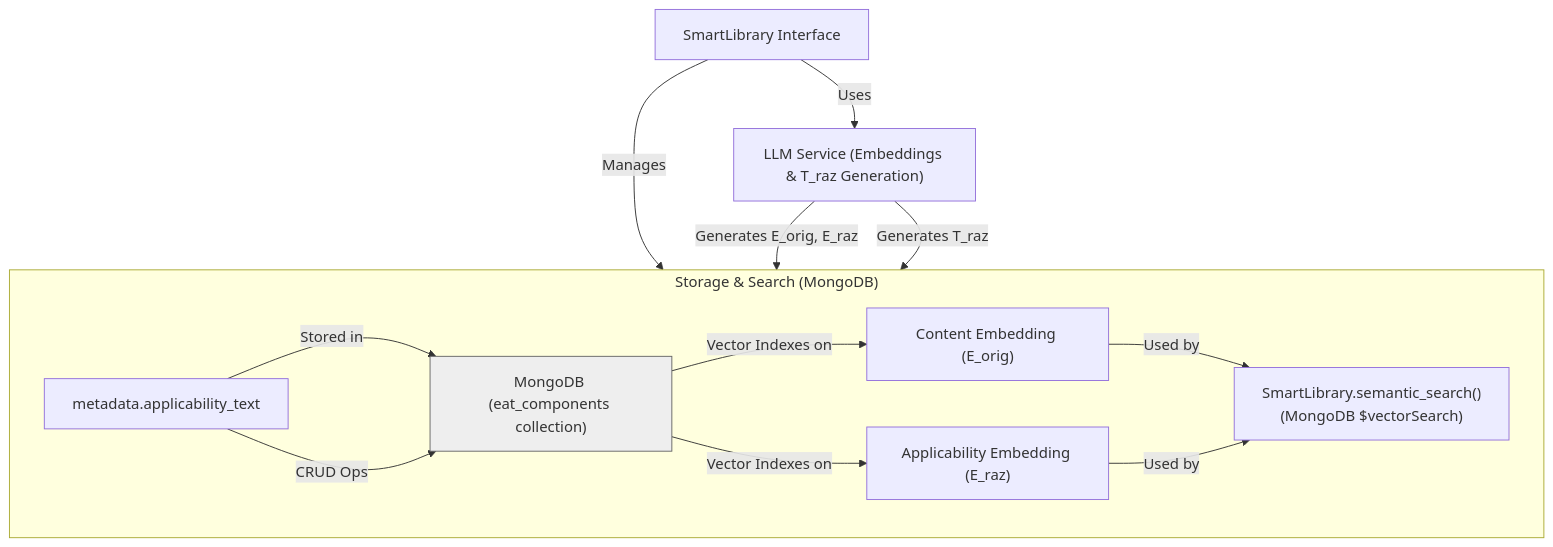
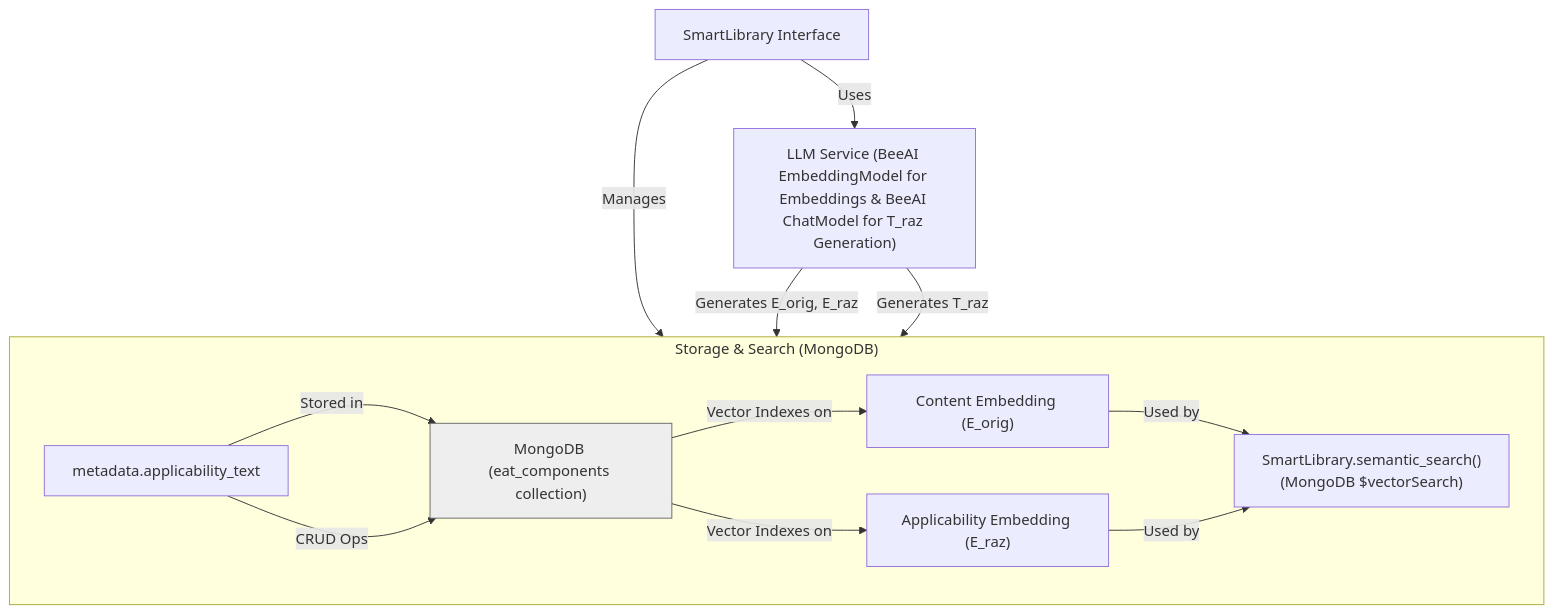
One commit to matiasmolinas/evolving-agents changed the second of 5 diagrams in docs/ARCHITECTURE.md. Above: the diagram before and after it, drawn with Mermaid. The commit also changed other lines of this file and 11 other files, not shown here.

````diff
--- a/docs/ARCHITECTURE.md
+++ b/docs/ARCHITECTURE.md
@@ -167,21 +169,21 @@
 ```mermaid
 graph TD
     SLI["SmartLibrary Interface"] -->|Manages| Records["Component Records (MongoDB Documents)\n(id, name, ..., content_embedding, applicability_embedding, metadata.applicability_text)"]
     Records -- Stored in --> MongoDBLib["MongoDB (eat_components collection)"]:::infra
     MongoDBLib -- Vector Indexes on --> VIdxContent["Content Embedding (E_orig)"]
     MongoDBLib -- Vector Indexes on --> VIdxApp["Applicability Embedding (E_raz)"]
 
-    SLI -->|Uses| LLMSLib["LLM Service (Embeddings & T_raz Generation)"]
+    SLI -->|Uses| LLMSLib["LLM Service (BeeAI EmbeddingModel for Embeddings & BeeAI ChatModel for T_raz Generation)"]
 
     subgraph "Storage & Search (MongoDB)"
         direction LR
         Records -- CRUD Ops --> MongoDBLib
         VIdxContent -- Used by --> SemanticSearch["SmartLibrary.semantic_search()\n(MongoDB $vectorSearch)"]
         VIdxApp -- Used by --> SemanticSearch
     end
 
     LLMSLib -- Generates E_orig, E_raz --> Records
     LLMSLib -- Generates T_raz --> Records[metadata.applicability_text]
 
     classDef infra fill:#eee,stroke:#666,stroke-width:1px,color:#333;
 ```
````
